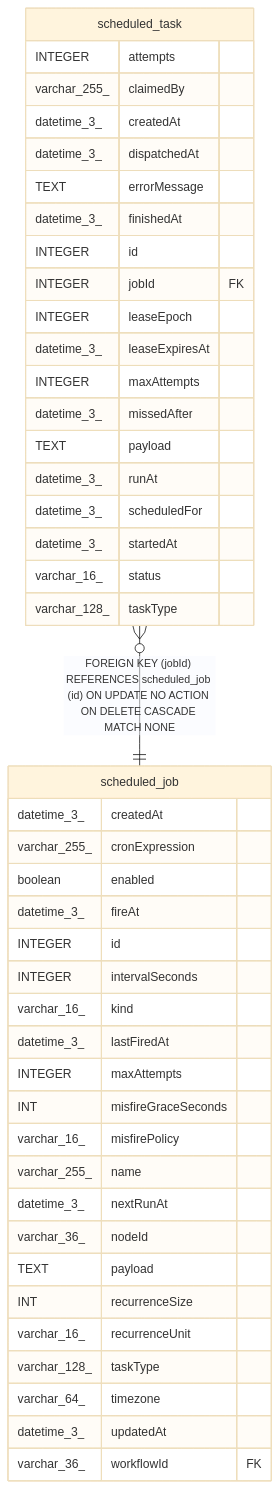
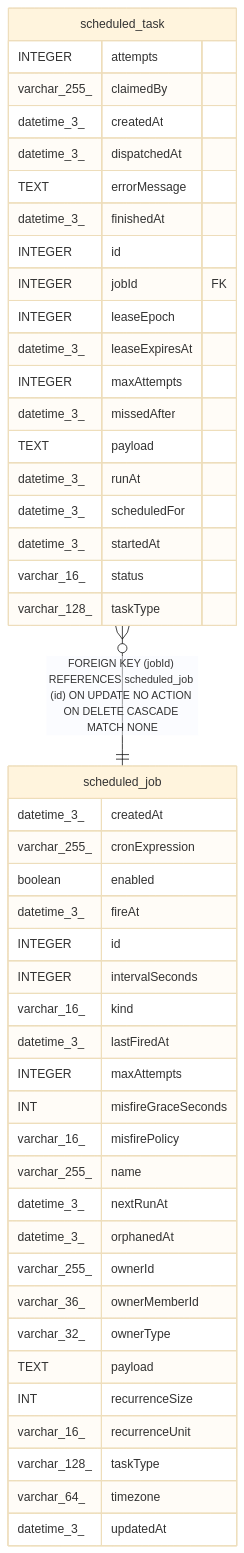
Before and after one commit to RukshanAmodya/Aethera: the diagram in docs/generated/sqlite-schema/scheduled_task.md, drawn with Mermaid (base theme). The commit also changed 1982 other files, not shown here.

````diff
--- a/docs/generated/sqlite-schema/scheduled_task.md
+++ b/docs/generated/sqlite-schema/scheduled_task.md
@@ -58,49 +58,51 @@
 ```mermaid
 erDiagram
 
 "scheduled_task" }o--|| "scheduled_job" : "FOREIGN KEY (jobId) REFERENCES scheduled_job (id) ON UPDATE NO ACTION ON DELETE CASCADE MATCH NONE"
 
 "scheduled_task" {
   INTEGER attempts
   varchar_255_ claimedBy
   datetime_3_ createdAt
   datetime_3_ dispatchedAt
   TEXT errorMessage
   datetime_3_ finishedAt
   INTEGER id
   INTEGER jobId FK
   INTEGER leaseEpoch
   datetime_3_ leaseExpiresAt
   INTEGER maxAttempts
   datetime_3_ missedAfter
   TEXT payload
   datetime_3_ runAt
   datetime_3_ scheduledFor
   datetime_3_ startedAt
   varchar_16_ status
   varchar_128_ taskType
 }
 "scheduled_job" {
   datetime_3_ createdAt
   varchar_255_ cronExpression
   boolean enabled
   datetime_3_ fireAt
   INTEGER id
   INTEGER intervalSeconds
   varchar_16_ kind
   datetime_3_ lastFiredAt
   INTEGER maxAttempts
   INT misfireGraceSeconds
   varchar_16_ misfirePolicy
   varchar_255_ name
   datetime_3_ nextRunAt
-  varchar_36_ nodeId
+  datetime_3_ orphanedAt
+  varchar_255_ ownerId
+  varchar_36_ ownerMemberId
+  varchar_32_ ownerType
   TEXT payload
   INT recurrenceSize
   varchar_16_ recurrenceUnit
   varchar_128_ taskType
   varchar_64_ timezone
   datetime_3_ updatedAt
-  varchar_36_ workflowId FK
 }
 ```
````
